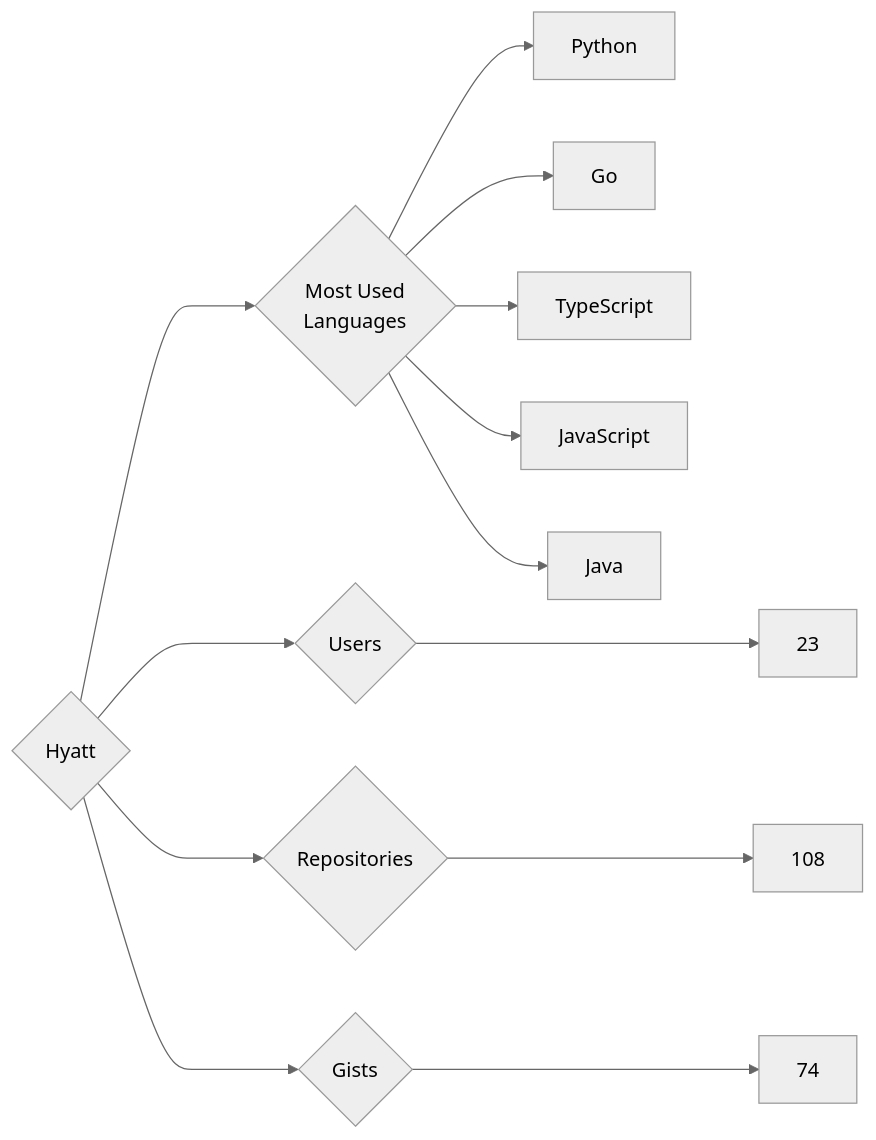
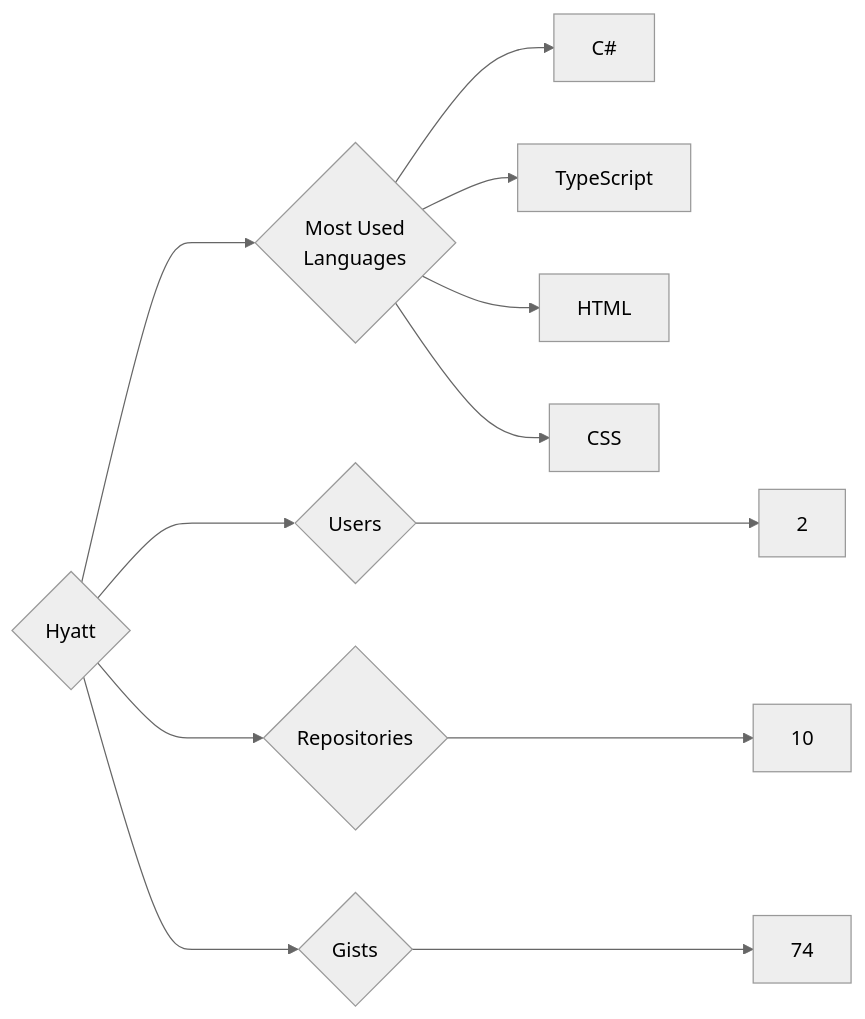
Before and after one commit to trickest/insiders: the diagram in targets/Hyatt/README.md, drawn with Mermaid (neutral theme). The commit also changed 622 other files, not shown here.

````diff
--- a/targets/Hyatt/README.md
+++ b/targets/Hyatt/README.md
@@ -3,13 +3,12 @@
 ```mermaid
 graph LR
 COMPANY_NAME{Hyatt}
-COMPANY_NAME ---> U{Users} ---> UN[23]
-COMPANY_NAME ---> R{Repositories} ---> RN[108]
+COMPANY_NAME ---> U{Users} ---> UN[2]
+COMPANY_NAME ---> R{Repositories} ---> RN[10]
 COMPANY_NAME ---> G{Gists} ---> GN[74]
 COMPANY_NAME ---> ML{Most Used<br>Languages}
-ML --> Python[Python]
-ML --> Go[Go]
+ML --> C#[C#]
 ML --> TypeScript[TypeScript]
-ML --> JavaScript[JavaScript]
-ML --> Java[Java]
+ML --> HTML[HTML]
+ML --> CSS[CSS]
 ```
````
